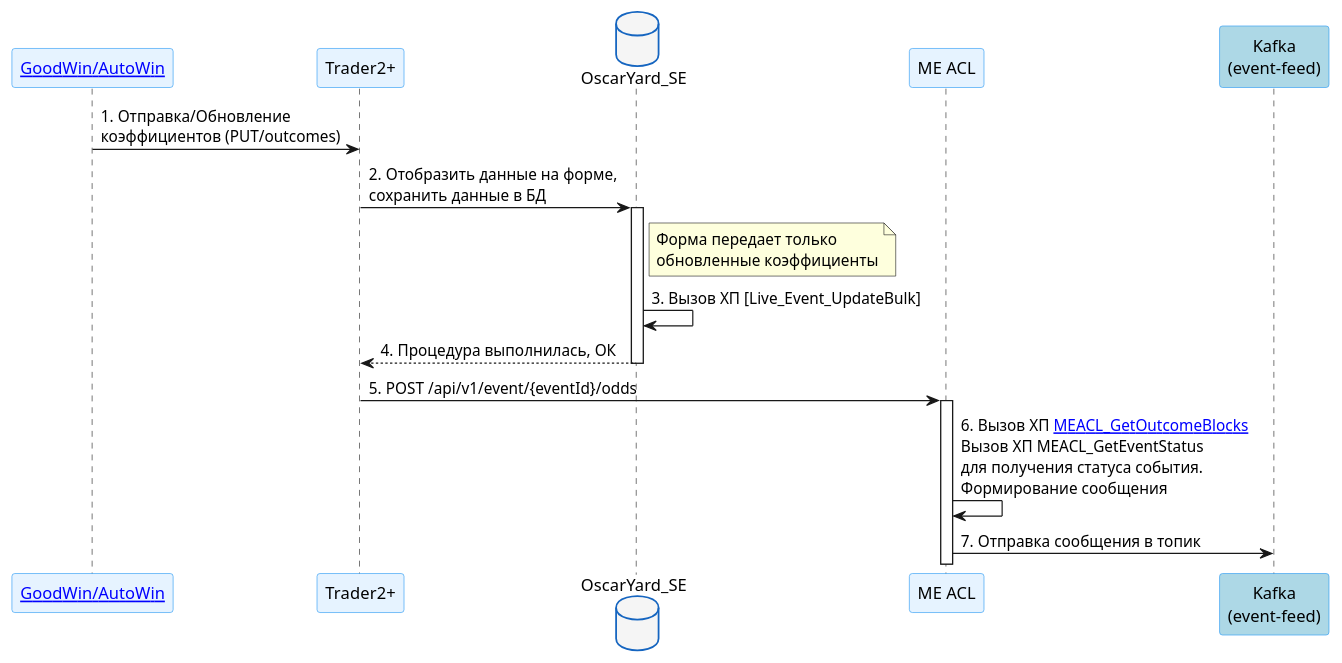
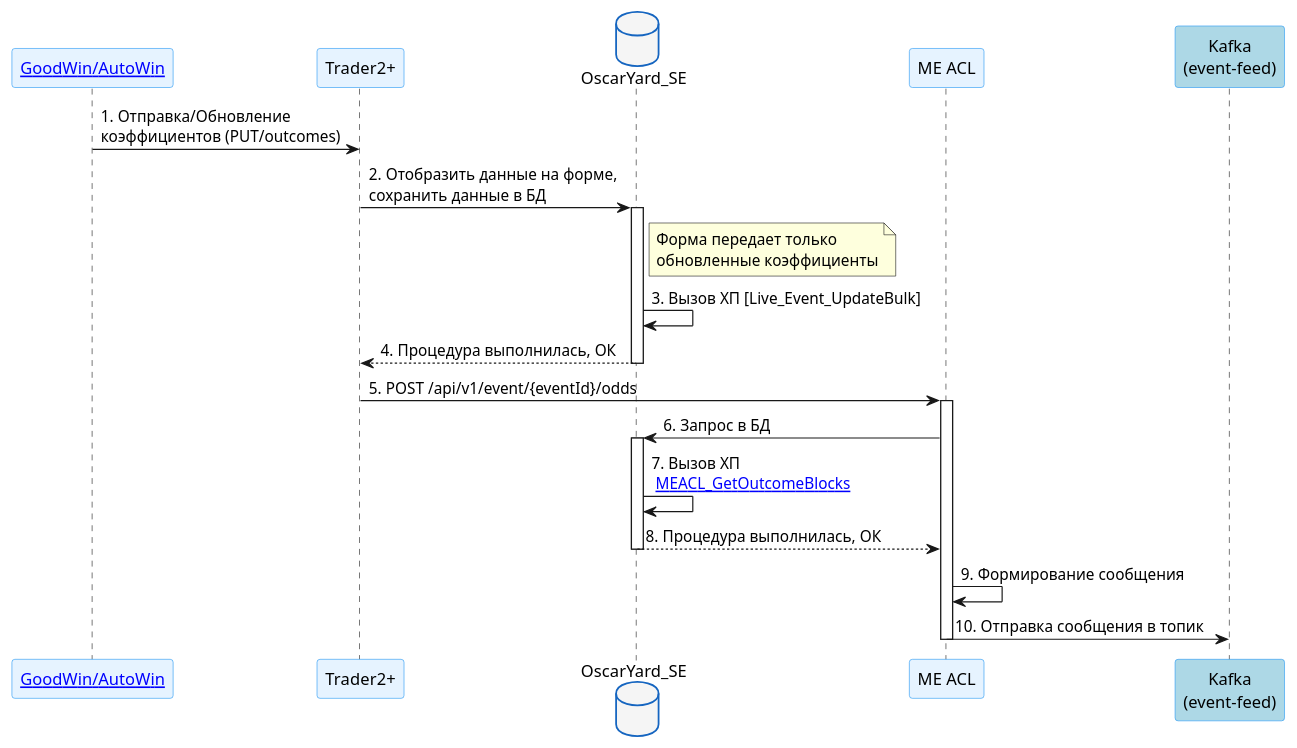
Before and after one commit to KonstantinOsipov/UML_Scheme: the diagram in LT-13326.puml, drawn with PlantUML. The commit also changed 2 other files, not shown here.

Commit message:
Добавлены диаграммы для описания бизнес-процессов и взаимодействий между участниками, включая детали запросов и ответов.

```diff
--- a/LT-13326.puml
+++ b/LT-13326.puml
@@ -2,42 +2,47 @@
 @startuml
 skinparam backgroundColor white
 skinparam sequenceMessageAlign left
 
 skinparam participant {
     BackgroundColor #e6f3ff
     BorderColor #2196F3
     FontColor #000000
     FontSize 14
 }
 
 skinparam database {
     BackgroundColor #f5f5f5
     BorderColor #1565C0
     FontColor #000000
 }
 
 participant "[[https://confluence.sportsapi.ru/x/RKbXCw GoodWin/AutoWin]]" as GW
 participant "Trader2+" as TR
 database "OscarYard_SE" as OY
 participant "ME ACL" as ME
 participant "Kafka\n(event-feed)" as KAFKA #lightblue
 
 GW -> TR: 1. Отправка/Обновление \nкоэффициентов (PUT/outcomes)
 TR -> OY: 2. Отобразить данные на форме,\nсохранить данные в БД
 activate OY
 
 note right of OY
 Форма передает только
 обновленные коэффициенты
 end note
 
 OY -> OY: 3. Вызов ХП [Live_Event_UpdateBulk]
 return 4. Процедура выполнилась, ОК
 
 TR -> ME: 5. POST /api/v1/event/{eventId}/odds
 activate ME
 
-ME -> ME: 6. Вызов ХП [[https://confluence.ligastavok.tech/x/AAfIEg MEACL_GetOutcomeBlocks]]\nВызов ХП MEACL_GetEventStatus\nдля получения статуса события.\nФормирование сообщения
+ME -> OY: 6. Запрос в БД
+activate OY
 
-ME -> KAFKA: 7. Отправка сообщения в топик
+OY -> OY: 7. Вызов ХП\n [[https://confluence.ligastavok.tech/x/AAfIEg MEACL_GetOutcomeBlocks]]
+return 8. Процедура выполнилась, ОК
+ME -> ME: 9. Формирование сообщения
+ME -> KAFKA: 10. Отправка сообщения в топик
+deactivate ME
 @enduml
```
